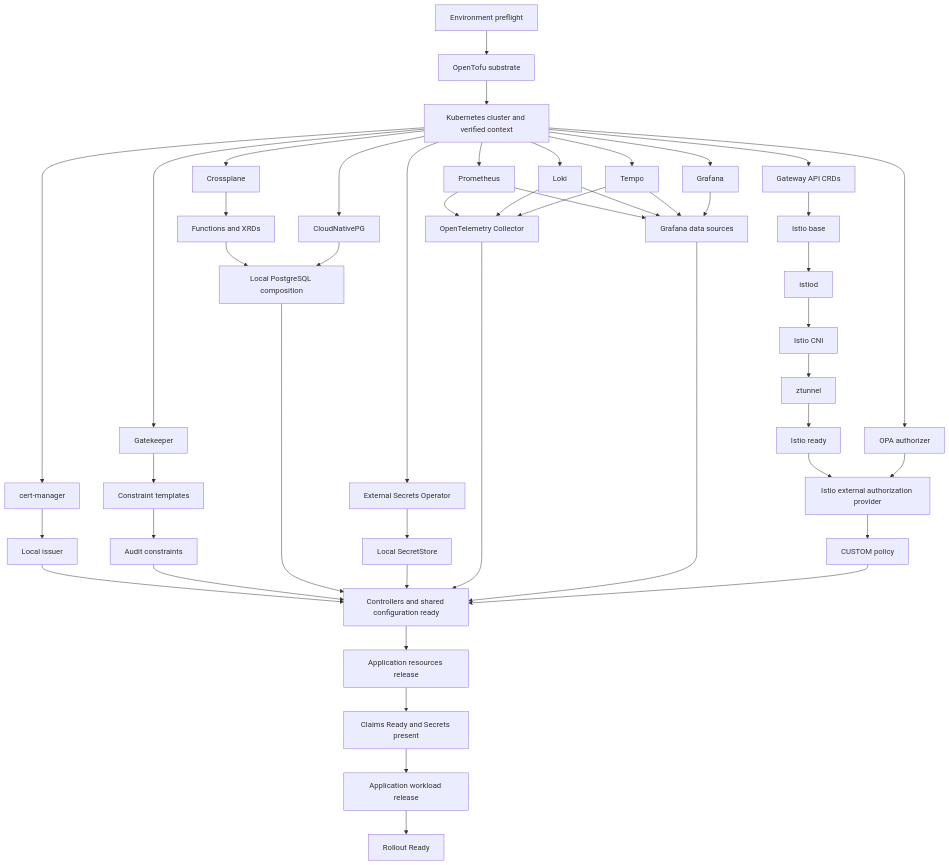
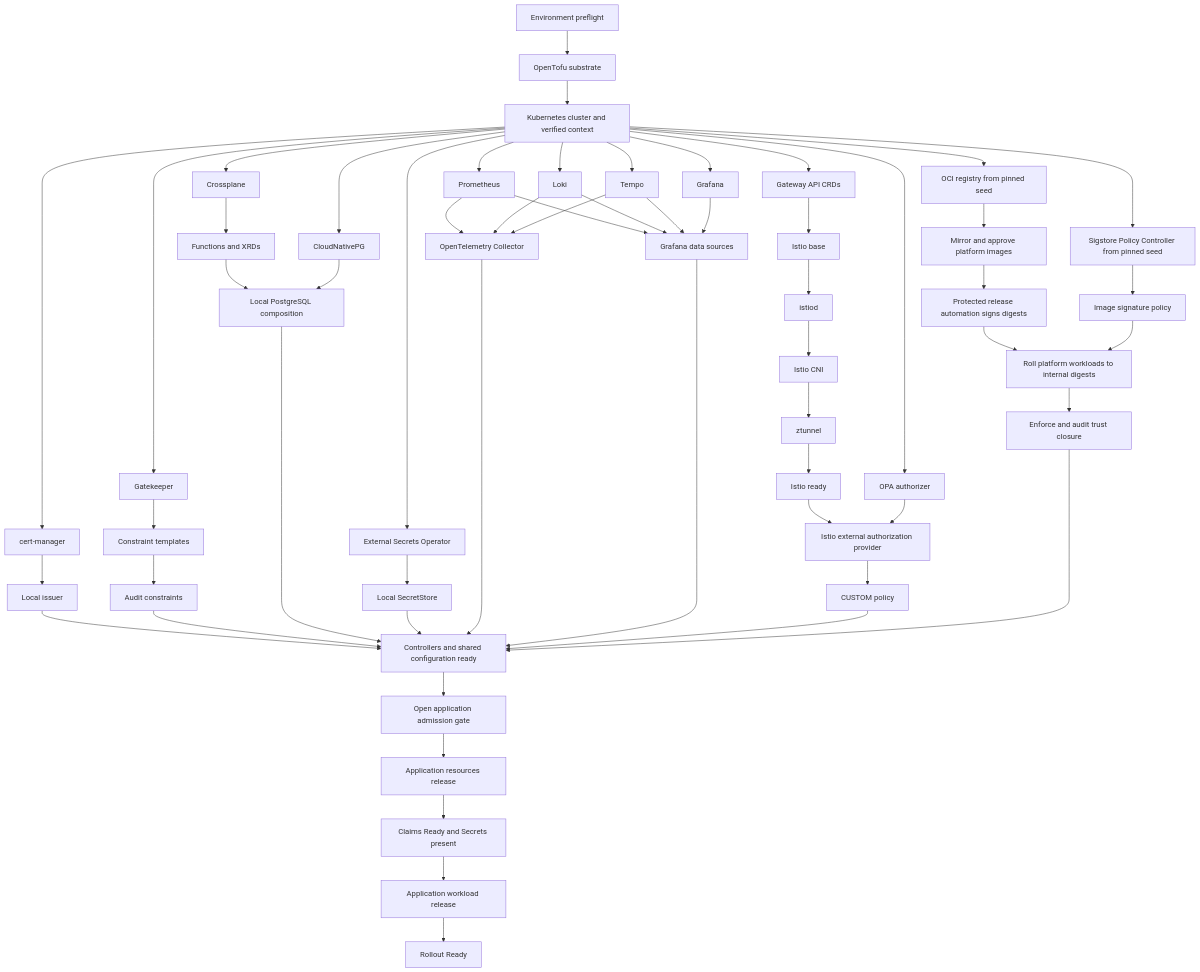
One commit to corekraft/kore changed the diagram in infra/plans/1-initialize.md. Above: the diagram before and after it, drawn with Mermaid. The commit also changed other lines of this file and 14 other files, not shown here.

````diff
--- a/infra/plans/1-initialize.md
+++ b/infra/plans/1-initialize.md
@@ -557,58 +678,69 @@
 ```mermaid
 flowchart TD
     preflight[Environment preflight] --> substrate[OpenTofu substrate]
     substrate --> cluster[Kubernetes cluster and verified context]
 
     cluster --> gatewayCrds[Gateway API CRDs]
     gatewayCrds --> istioBase[Istio base]
     istioBase --> istiod[istiod]
     istiod --> istioCni[Istio CNI]
     istioCni --> ztunnel[ztunnel]
 
     cluster --> certManager[cert-manager]
     certManager --> localIssuer[Local issuer]
 
     cluster --> gatekeeper[Gatekeeper]
     gatekeeper --> policyTemplates[Constraint templates]
     policyTemplates --> auditConstraints[Audit constraints]
+
+    cluster --> registrySeed[OCI registry from pinned seed]
+    cluster --> sigstoreSeed[Sigstore Policy Controller from pinned seed]
+    registrySeed --> mirror[Mirror and approve platform images]
+    sigstoreSeed --> imagePolicy[Image signature policy]
+    mirror --> automationSign[Protected release automation signs digests]
+    automationSign --> internalRollout[Roll platform workloads to internal digests]
+    imagePolicy --> internalRollout
+    internalRollout --> imageAudit[Enforce and audit trust closure]
 
     cluster --> crossplane[Crossplane]
     crossplane --> platformApis[Functions and XRDs]
     cluster --> cloudNativePg[CloudNativePG]
     platformApis --> localPg[Local PostgreSQL composition]
     cloudNativePg --> localPg
 
     cluster --> externalSecrets[External Secrets Operator]
     externalSecrets --> localSecretStore[Local SecretStore]
 
     cluster --> prometheus[Prometheus]
     cluster --> loki[Loki]
     cluster --> tempo[Tempo]
     cluster --> grafana[Grafana]
     prometheus --> otelCollector[OpenTelemetry Collector]
     loki --> otelCollector
     tempo --> otelCollector
     prometheus --> dataSources[Grafana data sources]
     loki --> dataSources
     tempo --> dataSources
     grafana --> dataSources
 
     cluster --> opa[OPA authorizer]
     ztunnel --> istioReady[Istio ready]
     istioReady --> externalProvider[Istio external authorization provider]
     opa --> externalProvider
     externalProvider --> customPolicy[CUSTOM policy]
 
     localIssuer --> platformReady[Controllers and shared configuration ready]
     auditConstraints --> platformReady
     localPg --> platformReady
     localSecretStore --> platformReady
     otelCollector --> platformReady
     dataSources --> platformReady
     customPolicy --> platformReady
+    imageAudit --> platformReady
 
-    platformReady --> appResources[Application resources release]
+    platformReady --> admissionGate[Open application admission gate]
+    admissionGate --> appResources[Application resources release]
     appResources --> claimsReady[Claims Ready and Secrets present]
     claimsReady --> appWorkload[Application workload release]
     appWorkload --> rolloutReady[Rollout Ready]
 ```
````
